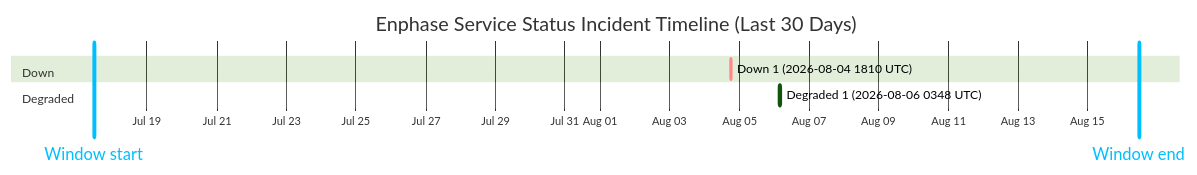
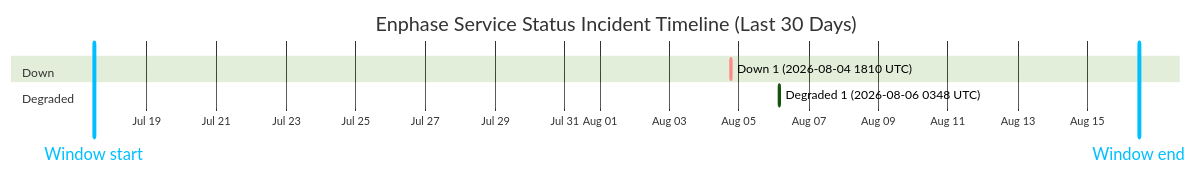
Before and after one commit to barneyonline/ha-enphase-energy: the diagram in wiki/Service-Status-History.md, drawn with Mermaid (forest theme). The commit also changed other lines of this file and 3 other files, not shown here.

````diff
--- a/wiki/Service-Status-History.md
+++ b/wiki/Service-Status-History.md
@@ -14,12 +14,12 @@
 ```mermaid
 gantt
     title Enphase Service Status Incident Timeline (Last 30 Days)
     dateFormat  YYYY-MM-DDTHH:mm:ss
     axisFormat  %b %d
-    Window start :vert, window-start, 2026-07-17T11:17:56, 0ms
-    Window end :vert, window-end, 2026-08-16T11:17:56, 0ms
+    Window start :vert, window-start, 2026-07-17T11:44:11, 0ms
+    Window end :vert, window-end, 2026-08-16T11:44:11, 0ms
     section Down
     Down 1 (2026-08-04 1810 UTC) :crit, down-1, 2026-08-04T18:10:46, 60m
     section Degraded
     Degraded 1 (2026-08-06 0348 UTC) :active, degraded-1, 2026-08-06T03:48:14, 60m
 ```
````
